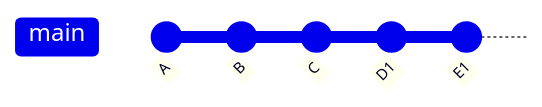
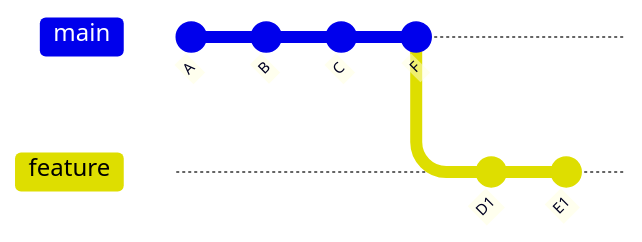
Before and after one commit to NathanKr/git-rebase-or-merge: the fourth of 4 diagrams in README.md, drawn with Mermaid. The commit also changed other lines of this file, not shown here.

Commit message:
Add F commit to rebase diagrams to show main divergence clearly

````diff
--- a/README.md
+++ b/README.md
@@ -95,8 +97,11 @@
 ```mermaid
 gitGraph
    commit id: "A"
    commit id: "B"
    commit id: "C"
+   commit id: "F"
+   branch feature
+   checkout feature
    commit id: "D1"
    commit id: "E1"
 ```
````
